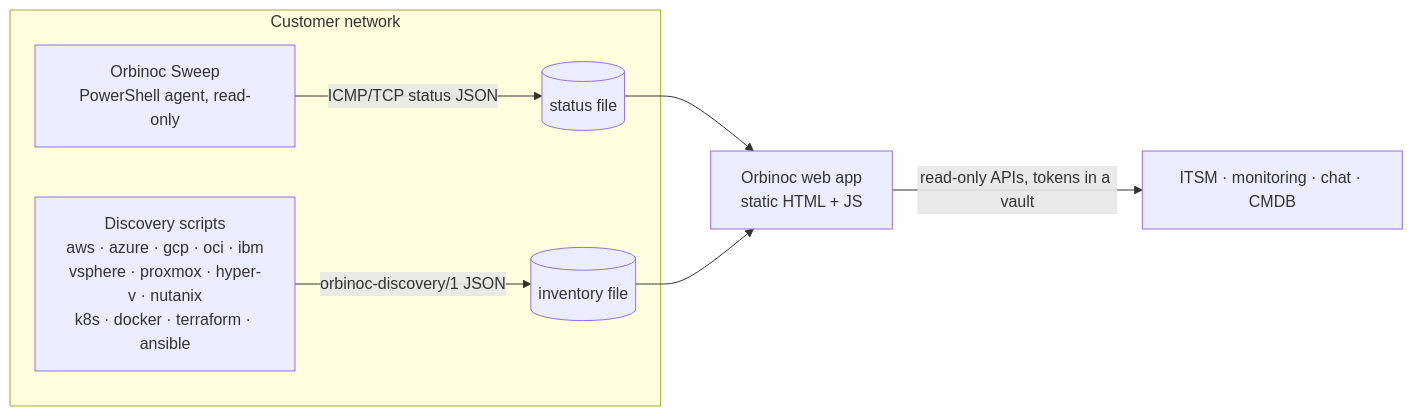
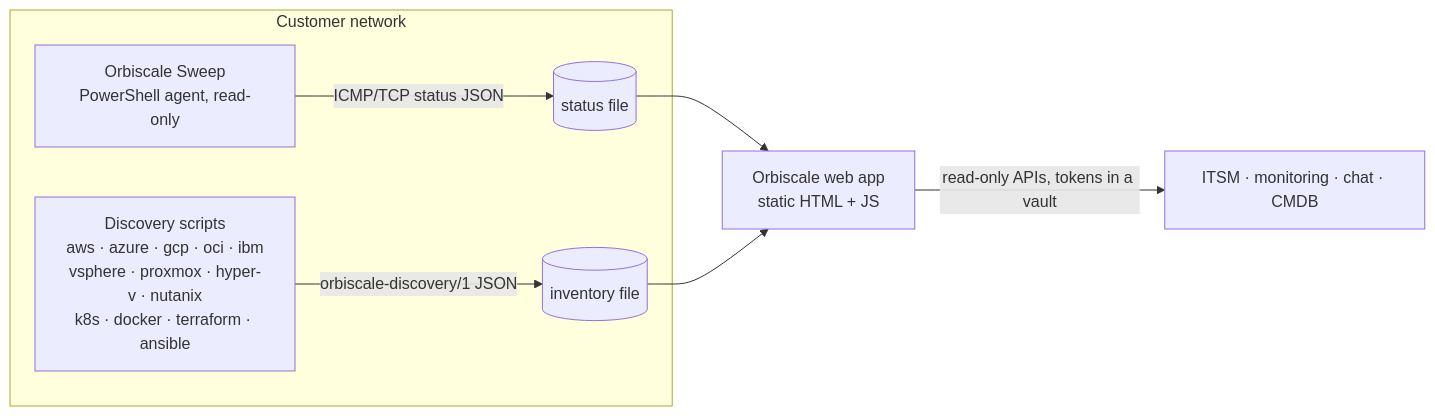
One commit to netorojas/knoc-network-ops-console changed the diagram in README.md. Above: the diagram before and after it, drawn with Mermaid. The commit also changed other lines of this file and 47 other files, not shown here.

````diff
--- a/README.md
+++ b/README.md
@@ -98,10 +115,10 @@
 ```mermaid
 flowchart LR
   subgraph Customer network
-    SW[Orbinoc Sweep<br/>PowerShell agent, read-only] -->|ICMP/TCP status JSON| F[(status file)]
-    D[Discovery scripts<br/>aws · azure · gcp · oci · ibm<br/>vsphere · proxmox · hyper-v · nutanix<br/>k8s · docker · terraform · ansible] -->|orbinoc-discovery/1 JSON| F2[(inventory file)]
+    SW[Orbiscale Sweep<br/>PowerShell agent, read-only] -->|ICMP/TCP status JSON| F[(status file)]
+    D[Discovery scripts<br/>aws · azure · gcp · oci · ibm<br/>vsphere · proxmox · hyper-v · nutanix<br/>k8s · docker · terraform · ansible] -->|orbiscale-discovery/1 JSON| F2[(inventory file)]
   end
-  F --> UI[Orbinoc web app<br/>static HTML + JS]
+  F --> UI[Orbiscale web app<br/>static HTML + JS]
   F2 --> UI
   UI -->|read-only APIs, tokens in a vault| I[ITSM · monitoring · chat · CMDB]
 ```
````
